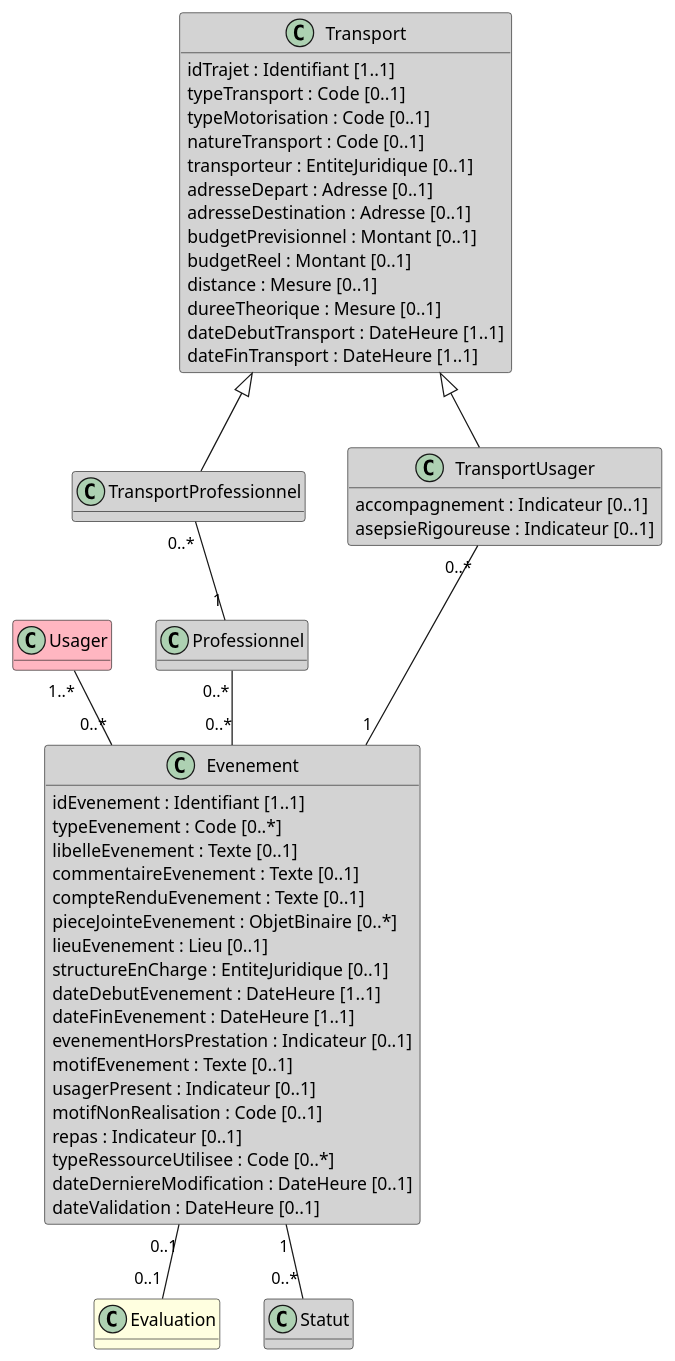
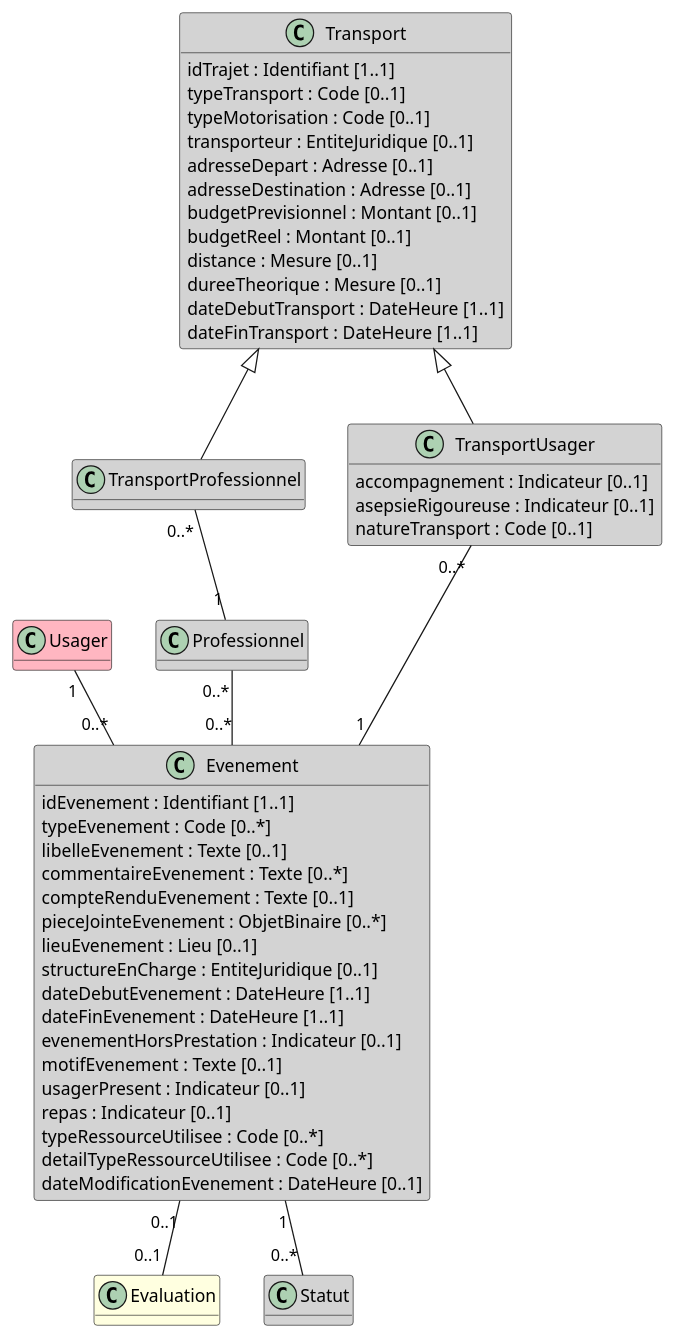
Before and after one commit to ansforge/IG-fhir-transfert-donnees-dui-esms: the diagram in input/images-source/bloc_evenement.plantuml, drawn with PlantUML. The commit also changed 6 other files, not shown here.

```diff
--- a/input/images-source/bloc_evenement.plantuml
+++ b/input/images-source/bloc_evenement.plantuml
@@ -1,67 +1,66 @@
 @startuml
 
 hide empty methods
 
 class Usager #LightPink
 
 class TransportProfessionnel #LightGray
 
 class Evaluation #LightYellow
 
 class Professionnel #LightGray 
 
 class Statut #LightGray 
 
 class Transport #LightGray {
     idTrajet : Identifiant [1..1]
     typeTransport : Code [0..1]
     typeMotorisation : Code [0..1]
-    natureTransport : Code [0..1]
     transporteur : EntiteJuridique [0..1]
     adresseDepart : Adresse [0..1]
     adresseDestination : Adresse [0..1]
     budgetPrevisionnel : Montant [0..1]
     budgetReel : Montant [0..1]
     distance : Mesure [0..1]
     dureeTheorique : Mesure [0..1]
     dateDebutTransport : DateHeure [1..1]
     dateFinTransport : DateHeure [1..1]
 }
 
 class TransportUsager #LightGray {
     accompagnement : Indicateur [0..1]
     asepsieRigoureuse : Indicateur [0..1]
+    natureTransport : Code [0..1]
 }
 
 class Evenement #LightGray {
     idEvenement : Identifiant [1..1]
     typeEvenement : Code [0..*]
     libelleEvenement : Texte [0..1]
-    commentaireEvenement : Texte [0..1]
+    commentaireEvenement : Texte [0..*]
     compteRenduEvenement : Texte [0..1]
     pieceJointeEvenement : ObjetBinaire [0..*]
     lieuEvenement : Lieu [0..1]
     structureEnCharge : EntiteJuridique [0..1]
     dateDebutEvenement : DateHeure [1..1]
     dateFinEvenement : DateHeure [1..1]
     evenementHorsPrestation : Indicateur [0..1]
     motifEvenement : Texte [0..1]
     usagerPresent : Indicateur [0..1]
-    motifNonRealisation : Code [0..1]
     repas : Indicateur [0..1]
     typeRessourceUtilisee : Code [0..*]
-    dateDerniereModification : DateHeure [0..1]
-    dateValidation : DateHeure [0..1]
+    detailTypeRessourceUtilisee : Code [0..*]
+    dateModificationEvenement : DateHeure [0..1]
 }
 
-Usager "1..*" -- "0..*" Evenement
+Usager "1" -- "0..*" Evenement
 Professionnel "0..*" -- "0..*" Evenement
 Transport <|-- TransportProfessionnel
 Transport <|-- TransportUsager
 TransportUsager "0..*" -- "1" Evenement
 TransportProfessionnel "0..*" -- "1" Professionnel
 Evenement "0..1" -- "0..1" Evaluation
 Evenement "1" -- "0..*" Statut
 
 
 @enduml
```
